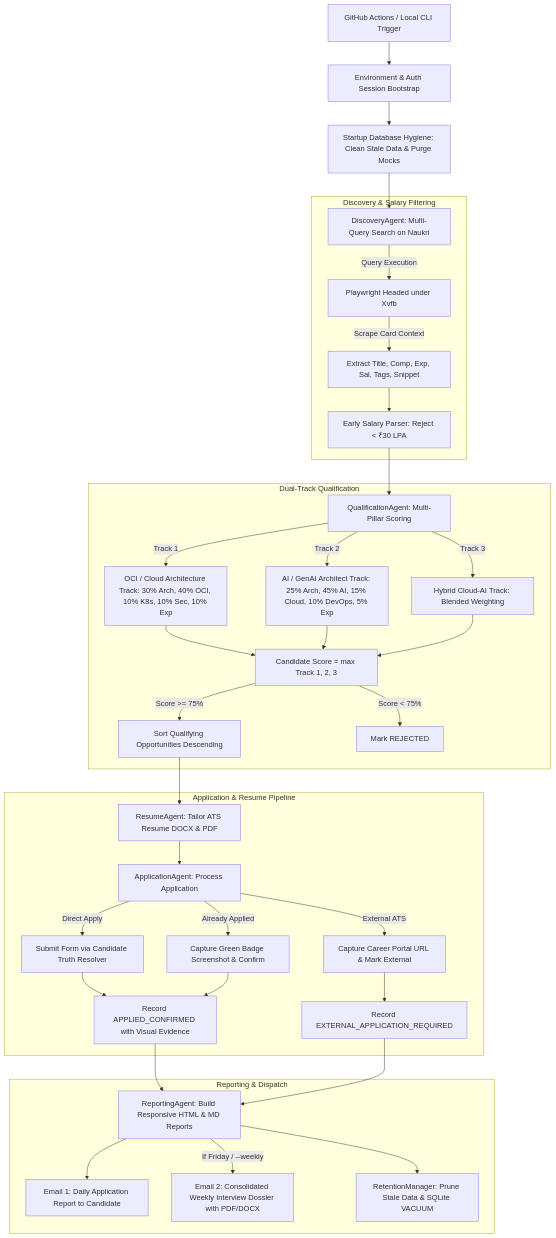
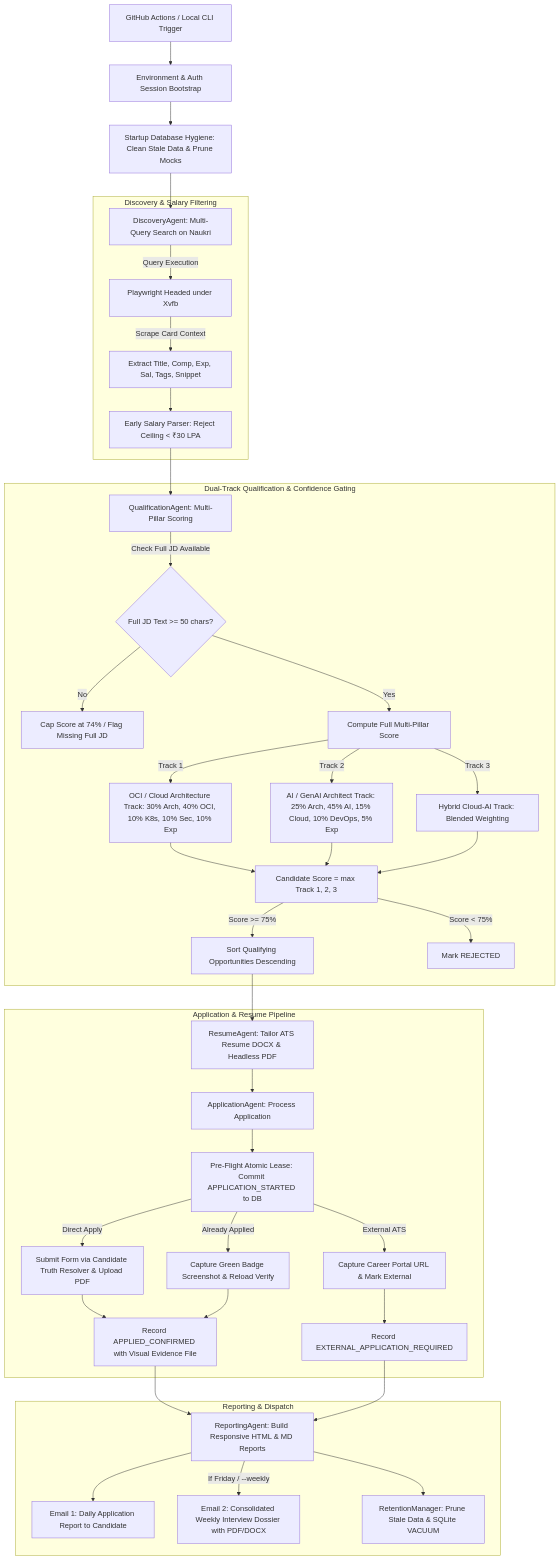
One commit to Saket8/CareerOps changed the first of 2 diagrams in architecture.md. Above: the diagram before and after it, drawn with Mermaid. The commit also changed other lines of this file and 3 other files, not shown here.

Commit message:
fix(ci): split cron schedule into distinct entries for 09:00 and 14:00 IST and synchronize architecture specs

````diff
--- a/architecture.md
+++ b/architecture.md
@@ -27,39 +35,43 @@
 ```mermaid
 flowchart TD
     A[GitHub Actions / Local CLI Trigger] --> B[Environment & Auth Session Bootstrap]
-    B --> C[Startup Database Hygiene: Clean Stale Data & Purge Mocks]
+    B --> C[Startup Database Hygiene: Clean Stale Data & Prune Mocks]
     C --> D[DiscoveryAgent: Multi-Query Search on Naukri]
     
     subgraph Discovery & Salary Filtering
         D -->|Query Execution| E[Playwright Headed under Xvfb]
         E -->|Scrape Card Context| F[Extract Title, Comp, Exp, Sal, Tags, Snippet]
-        F --> G[Early Salary Parser: Reject < ₹30 LPA]
+        F --> G[Early Salary Parser: Reject Ceiling < ₹30 LPA]
     end
     
-    subgraph Dual-Track Qualification
+    subgraph Dual-Track Qualification & Confidence Gating
         G --> H[QualificationAgent: Multi-Pillar Scoring]
-        H -->|Track 1| I1[OCI / Cloud Architecture Track: 30% Arch, 40% OCI, 10% K8s, 10% Sec, 10% Exp]
-        H -->|Track 2| I2[AI / GenAI Architect Track: 25% Arch, 45% AI, 15% Cloud, 10% DevOps, 5% Exp]
-        H -->|Track 3| I3[Hybrid Cloud-AI Track: Blended Weighting]
+        H -->|Check Full JD Available| H1{Full JD Text >= 50 chars?}
+        H1 -->|No| H2[Cap Score at 74% / Flag Missing Full JD]
+        H1 -->|Yes| H3[Compute Full Multi-Pillar Score]
+        H3 -->|Track 1| I1[OCI / Cloud Architecture Track: 30% Arch, 40% OCI, 10% K8s, 10% Sec, 10% Exp]
+        H3 -->|Track 2| I2[AI / GenAI Architect Track: 25% Arch, 45% AI, 15% Cloud, 10% DevOps, 5% Exp]
+        H3 -->|Track 3| I3[Hybrid Cloud-AI Track: Blended Weighting]
         I1 & I2 & I3 --> J[Candidate Score = max Track 1, 2, 3]
         J -->|Score >= 75%| K[Sort Qualifying Opportunities Descending]
         J -->|Score < 75%| L[Mark REJECTED]
     end
     
     subgraph Application & Resume Pipeline
-        K --> M[ResumeAgent: Tailor ATS Resume DOCX & PDF]
+        K --> M[ResumeAgent: Tailor ATS Resume DOCX & Headless PDF]
         M --> N[ApplicationAgent: Process Application]
-        N -->|Direct Apply| O[Submit Form via Candidate Truth Resolver]
-        N -->|Already Applied| P[Capture Green Badge Screenshot & Confirm]
-        N -->|External ATS| Q[Capture Career Portal URL & Mark External]
-        O & P --> R[Record APPLIED_CONFIRMED with Visual Evidence]
+        N --> N1[Pre-Flight Atomic Lease: Commit APPLICATION_STARTED to DB]
+        N1 -->|Direct Apply| O[Submit Form via Candidate Truth Resolver & Upload PDF]
+        N1 -->|Already Applied| P[Capture Green Badge Screenshot & Reload Verify]
+        N1 -->|External ATS| Q[Capture Career Portal URL & Mark External]
+        O & P --> R[Record APPLIED_CONFIRMED with Visual Evidence File]
         Q --> S[Record EXTERNAL_APPLICATION_REQUIRED]
     end
     
     subgraph Reporting & Dispatch
         R & S --> T[ReportingAgent: Build Responsive HTML & MD Reports]
         T --> U[Email 1: Daily Application Report to Candidate]
         T -->|If Friday / --weekly| V[Email 2: Consolidated Weekly Interview Dossier with PDF/DOCX]
         T --> W[RetentionManager: Prune Stale Data & SQLite VACUUM]
     end
 ```
````
